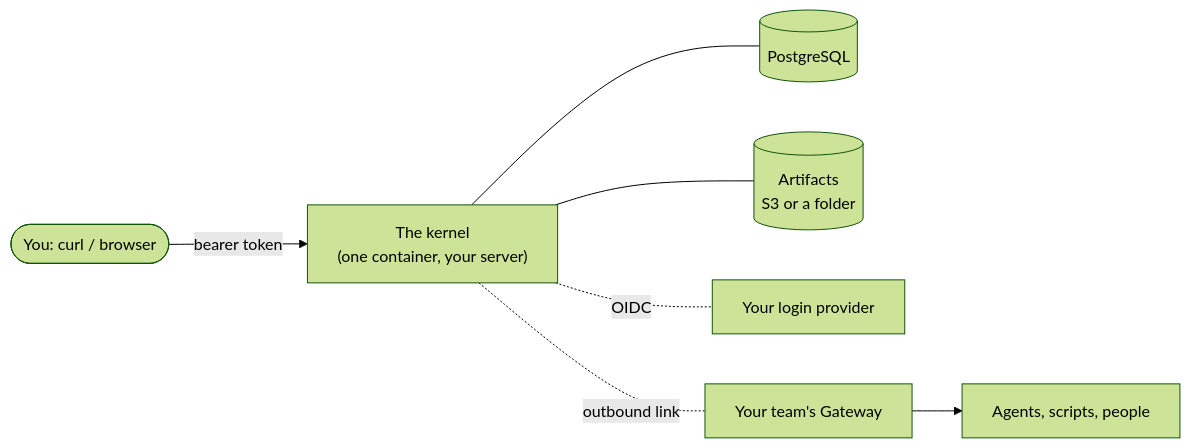
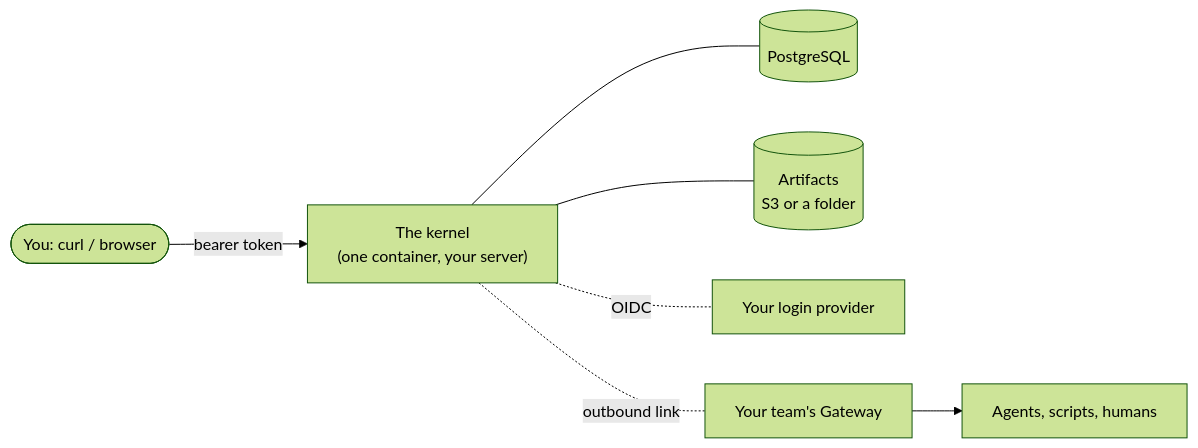
Before and after one commit to denisekart/open-facilitator: the diagram in site/src/guides/human.md, drawn with Mermaid (forest theme). The commit also changed 12 other files, not shown here.

````diff
--- a/site/src/guides/human.md
+++ b/site/src/guides/human.md
@@ -15,9 +15,9 @@
 ```mermaid title="Where things run, either road"
 flowchart LR
   YOU(["You: curl / browser"]) -->|bearer token| K["The kernel<br/>(one container, your server)"]
   K --- PG[("PostgreSQL")]
   K --- ART[("Artifacts<br/>S3 or a folder")]
   K -.OIDC.- IDP["Your login provider"]
   K -."outbound link".- GW["Your team's Gateway"]
-  GW --> W["Agents, scripts, people"]
+  GW --> W["Agents, scripts, humans"]
 ```
````
